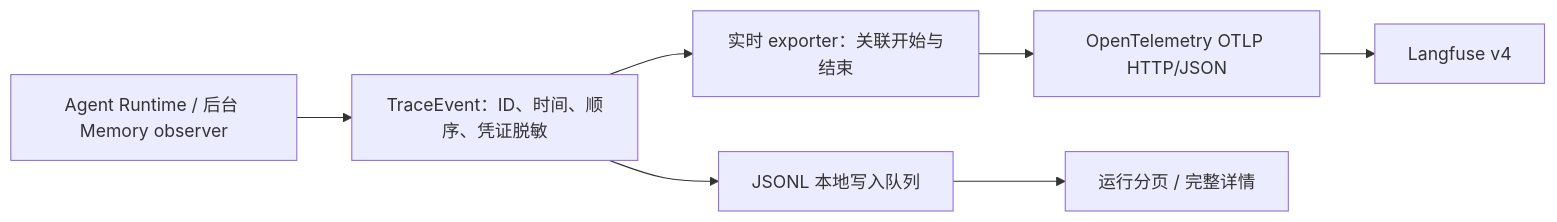
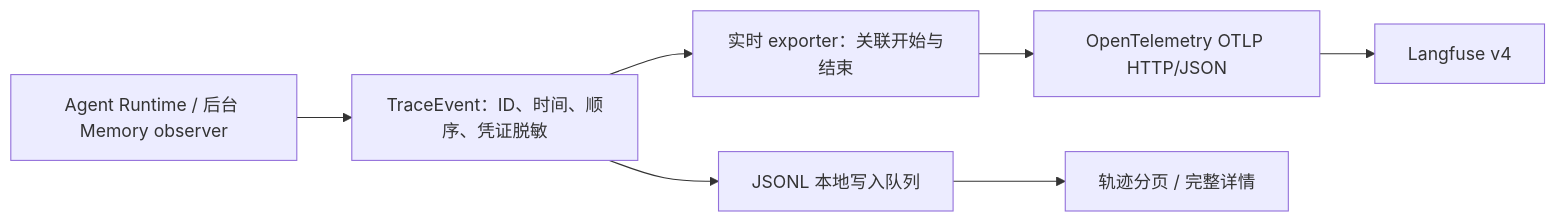
One commit to z114880/everything-agent changed the diagram in src/tracing/README.md. Above: the diagram before and after it, drawn with Mermaid. The commit also changed other lines of this file and 68 other files, not shown here.

````diff
--- a/src/tracing/README.md
+++ b/src/tracing/README.md
@@ -5,9 +15,9 @@
 ```mermaid
 flowchart LR
   Runtime[Agent Runtime / 后台 Memory observer] --> Event[TraceEvent：ID、时间、顺序、凭证脱敏]
   Event --> JSONL[JSONL 本地写入队列]
   Event --> Exporter[实时 exporter：关联开始与结束]
   Exporter --> OTLP[OpenTelemetry OTLP HTTP/JSON]
   OTLP --> Langfuse[Langfuse v4]
-  JSONL --> Reader[运行分页 / 完整详情]
+  JSONL --> Reader[轨迹分页 / 完整详情]
 ```
````
